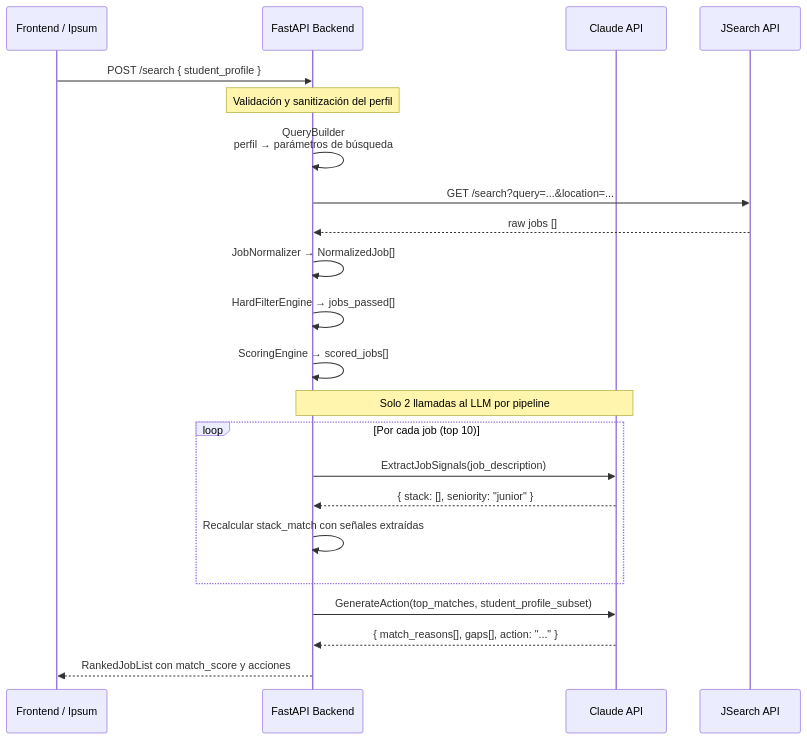
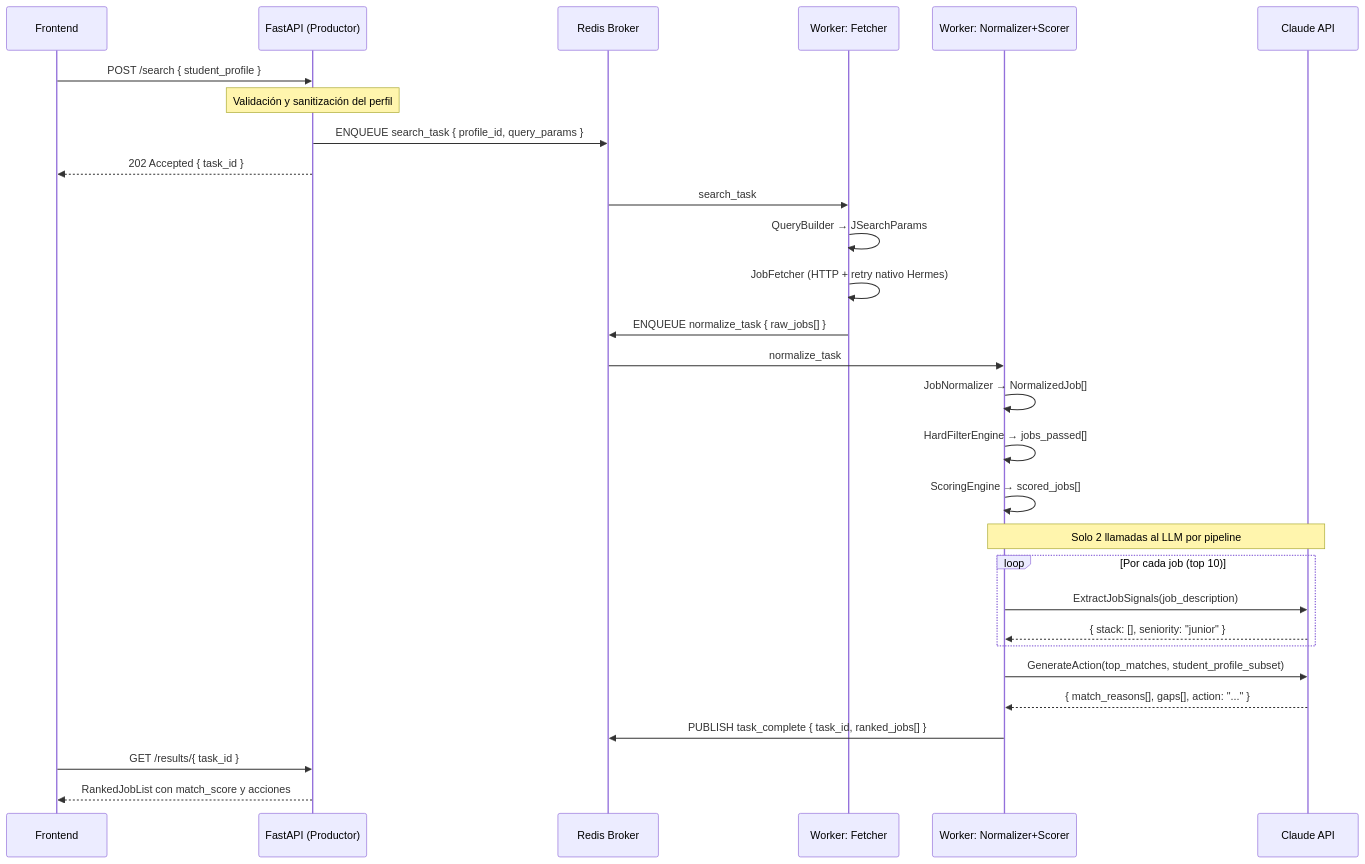
Before and after one commit to WalkerKenneth/JobSearcher: the diagram in docs/decisions/adr-001-orchestration.md, drawn with Mermaid. The commit also changed other lines of this file and 1 other file, not shown here.

First line of the commit message:
docs: cambiar decisión de orquestación a Hermes en ADR-001 y subtarea 3

````diff
--- a/docs/decisions/adr-001-orchestration.md
+++ b/docs/decisions/adr-001-orchestration.md
@@ -202,32 +205,39 @@
 ```mermaid
 sequenceDiagram
-    participant UI as Frontend / Ipsum
-    participant API as FastAPI Backend
+    participant UI as Frontend
+    participant API as FastAPI (Productor)
+    participant Broker as Redis Broker
+    participant W1 as Worker: Fetcher
+    participant W2 as Worker: Normalizer+Scorer
     participant Claude as Claude API
-    participant JSearch as JSearch API
 
     UI->>API: POST /search { student_profile }
+    Note over API: Validación y sanitización del perfil
+    API->>Broker: ENQUEUE search_task { profile_id, query_params }
+    API-->>UI: 202 Accepted { task_id }
 
-    Note over API: Validación y sanitización del perfil
+    Broker->>W1: search_task
+    W1->>W1: QueryBuilder → JSearchParams
+    W1->>W1: JobFetcher (HTTP + retry nativo Hermes)
+    W1->>Broker: ENQUEUE normalize_task { raw_jobs[] }
 
-    API->>API: QueryBuilder<br/>perfil → parámetros de búsqueda
-    API->>JSearch: GET /search?query=...&location=...
-    JSearch-->>API: raw jobs []
+    Broker->>W2: normalize_task
+    W2->>W2: JobNormalizer → NormalizedJob[]
+    W2->>W2: HardFilterEngine → jobs_passed[]
+    W2->>W2: ScoringEngine → scored_jobs[]
 
-    API->>API: JobNormalizer → NormalizedJob[]
-    API->>API: HardFilterEngine → jobs_passed[]
-    API->>API: ScoringEngine → scored_jobs[]
-
-    Note over API,Claude: Solo 2 llamadas al LLM por pipeline
+    Note over W2,Claude: Solo 2 llamadas al LLM por pipeline
 
     loop Por cada job (top 10)
-        API->>Claude: ExtractJobSignals(job_description)
-        Claude-->>API: { stack: [], seniority: "junior" }
-        API->>API: Recalcular stack_match con señales extraídas
+        W2->>Claude: ExtractJobSignals(job_description)
+        Claude-->>W2: { stack: [], seniority: "junior" }
     end
 
-    API->>Claude: GenerateAction(top_matches, student_profile_subset)
-    Claude-->>API: { match_reasons[], gaps[], action: "..." }
+    W2->>Claude: GenerateAction(top_matches, student_profile_subset)
+    Claude-->>W2: { match_reasons[], gaps[], action: "..." }
 
+    W2->>Broker: PUBLISH task_complete { task_id, ranked_jobs[] }
+
+    UI->>API: GET /results/{ task_id }
     API-->>UI: RankedJobList con match_score y acciones
 ```
````
